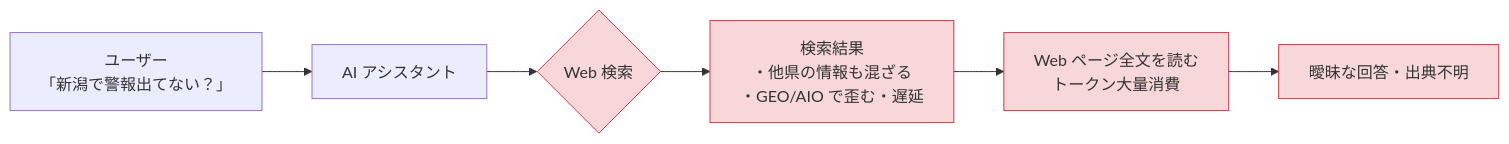
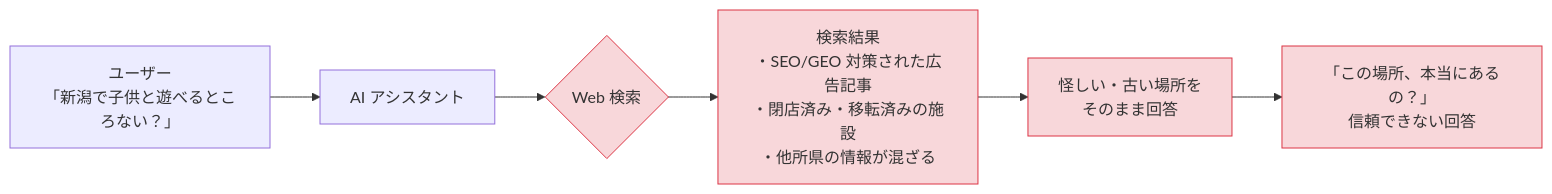
The first of 2 diagrams in README.md (Cinnamobot/nic), drawn with Mermaid before and after one commit. The commit also changed other lines of this file and 1 other file, not shown here.

Commit message:
Mermaid図を「遊び場を聞いたら怪しい場所が出る」例に差し替え(ガードレール課題の解像度向上)

````diff
--- a/README.md
+++ b/README.md
@@ -39,13 +39,13 @@
 ```mermaid
 flowchart LR
-    A[ユーザー<br>「新潟で警報出てない？」] --> B[AI アシスタント]
+    A[ユーザー<br>「新潟で子供と遊べるところない？」] --> B[AI アシスタント]
     B --> C{Web 検索}
-    C --> D[検索結果<br>・他県の情報も混ざる<br>・GEO/AIO で歪む・遅延]
-    D --> E[Web ページ全文を読む<br>トークン大量消費]
-    E --> F[曖昧な回答・出典不明]
+    C --> D[検索結果<br>・SEO/GEO 対策された広告記事<br>・閉店済み・移転済みの施設<br>・他所県の情報が混ざる]
+    D --> E[怪しい・古い場所を<br>そのまま回答]
+    E --> F[「この場所、本当にあるの？」<br>信頼できない回答]
 
     style C fill:#f8d7da,stroke:#dc3545
     style D fill:#f8d7da,stroke:#dc3545
     style E fill:#f8d7da,stroke:#dc3545
     style F fill:#f8d7da,stroke:#dc3545
 ```
````
